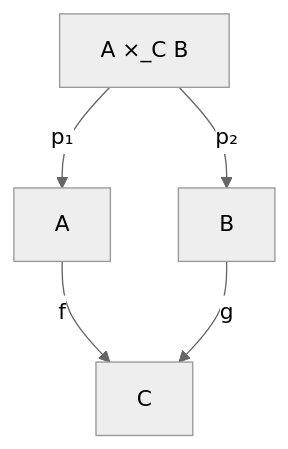
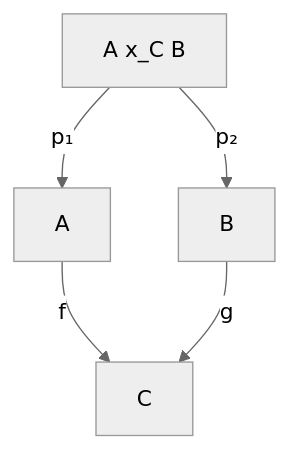
The second of 2 diagrams in docs/limits-colimits.md (Phryxia/math-map), drawn with Mermaid (neutral theme) before and after one commit. The commit also changed 1 other file, not shown here.

Commit message:
ascii-ize the two mermaid labels whose subscript underscore trips the formula check
Claude-Session: https://claude.ai/code/session_01SmaHs9ydWxRrcz6b6Z44wr

````diff
--- a/docs/limits-colimits.md
+++ b/docs/limits-colimits.md
@@ -66,7 +66,7 @@
 ```mermaid
 graph TD
-  P["A ×_C B"] -->|"p₁"| A["A"]
+  P["A x_C B"] -->|"p₁"| A["A"]
   P -->|"p₂"| B["B"]
   A -->|"f"| C["C"]
   B -->|"g"| C
 ```
````
